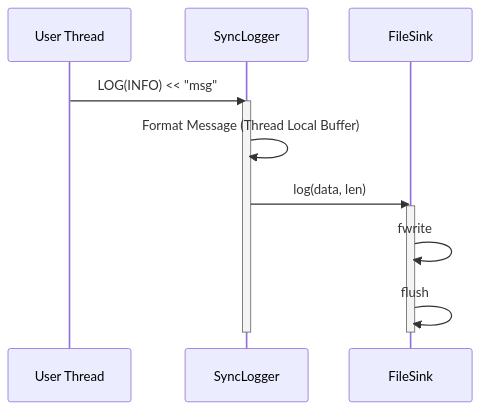
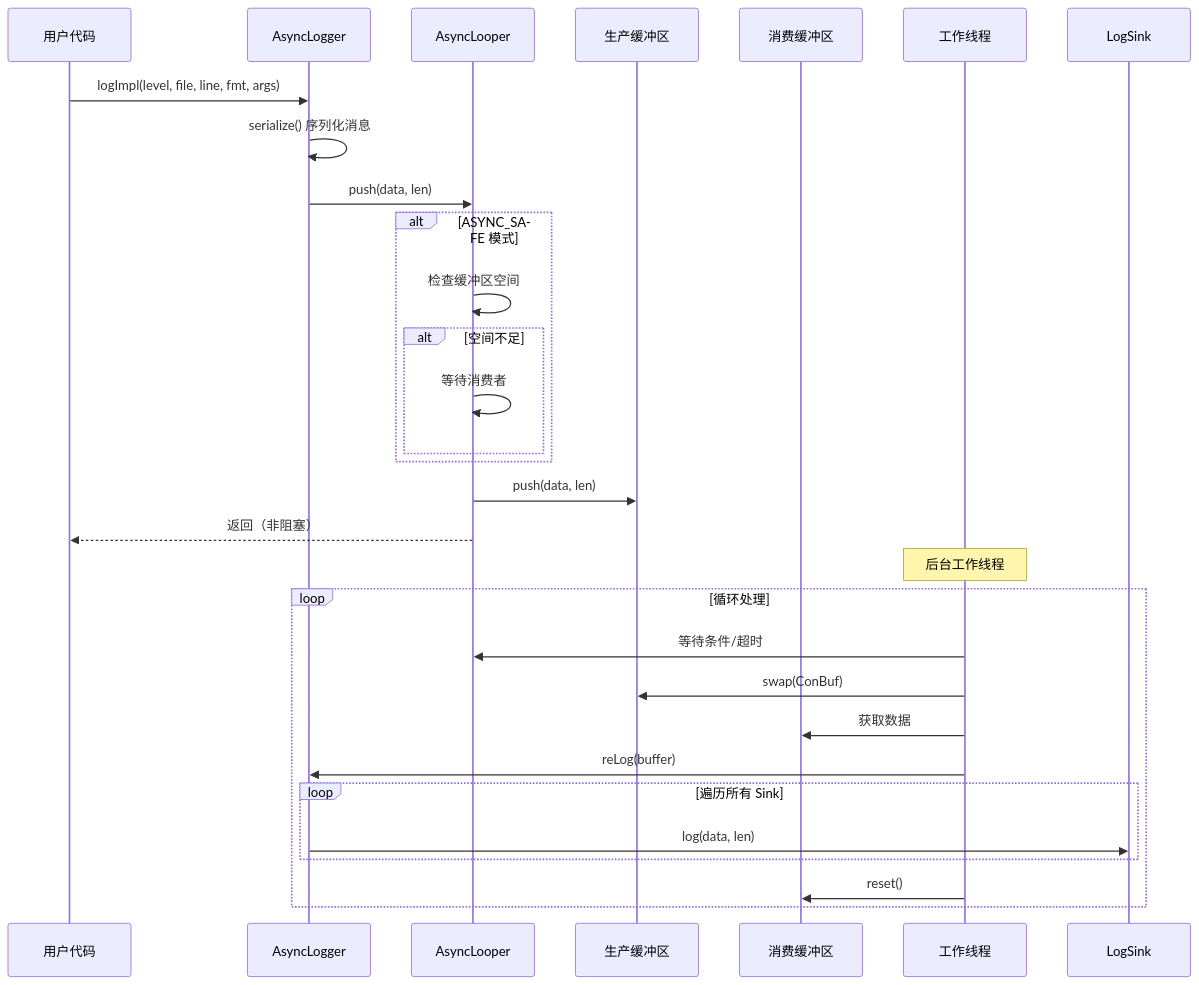
Before and after one commit to hzh-betty/zcoroutine: the fourth of 4 diagrams in zlog/README.md, drawn with Mermaid. The commit also changed other lines of this file and 2 other files, not shown here.

````diff
--- a/zlog/README.md
+++ b/zlog/README.md
@@ -227,16 +329,36 @@
 ```mermaid
 sequenceDiagram
-    participant User as User Thread
-    participant Logger as SyncLogger
-    participant Sink as FileSink
+    participant User as 用户代码
+    participant Logger as AsyncLogger
+    participant Looper as AsyncLooper
+    participant ProBuf as 生产缓冲区
+    participant ConBuf as 消费缓冲区
+    participant Worker as 工作线程
+    participant Sink as LogSink
 
-    User->>Logger: LOG(INFO) << "msg"
-    activate Logger
-    Logger->>Logger: Format Message (Thread Local Buffer)
-    Logger->>Sink: log(data, len)
-    activate Sink
-    Sink->>Sink: fwrite
-    Sink->>Sink: flush
-    deactivate Sink
-    deactivate Logger
+    User->>Logger: logImpl(level, file, line, fmt, args)
+    Logger->>Logger: serialize() 序列化消息
+    Logger->>Looper: push(data, len)
+    
+    alt ASYNC_SAFE 模式
+        Looper->>Looper: 检查缓冲区空间
+        alt 空间不足
+            Looper->>Looper: 等待消费者
+        end
+    end
+    
+    Looper->>ProBuf: push(data, len)
+    Looper-->>User: 返回（非阻塞）
+
+    Note over Worker: 后台工作线程
+    loop 循环处理
+        Worker->>Looper: 等待条件/超时
+        Worker->>ProBuf: swap(ConBuf)
+        Worker->>ConBuf: 获取数据
+        Worker->>Logger: reLog(buffer)
+        loop 遍历所有 Sink
+            Logger->>Sink: log(data, len)
+        end
+        Worker->>ConBuf: reset()
+    end
 ```
````
